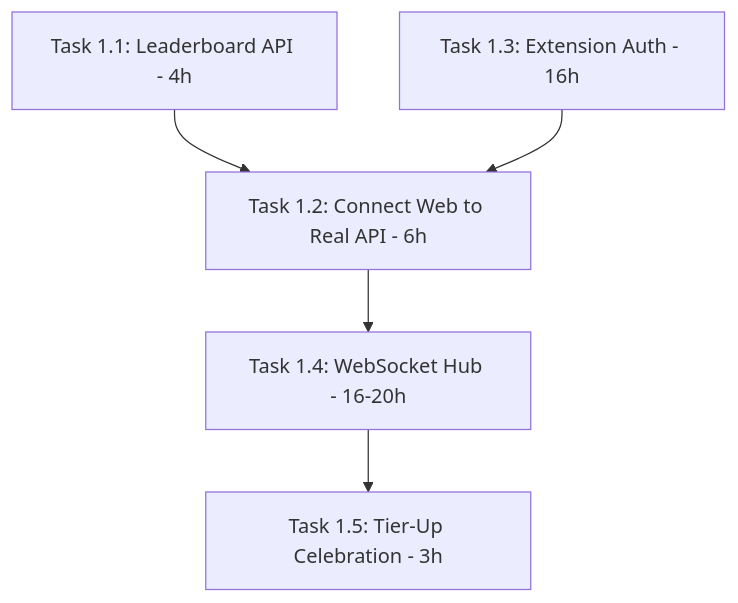
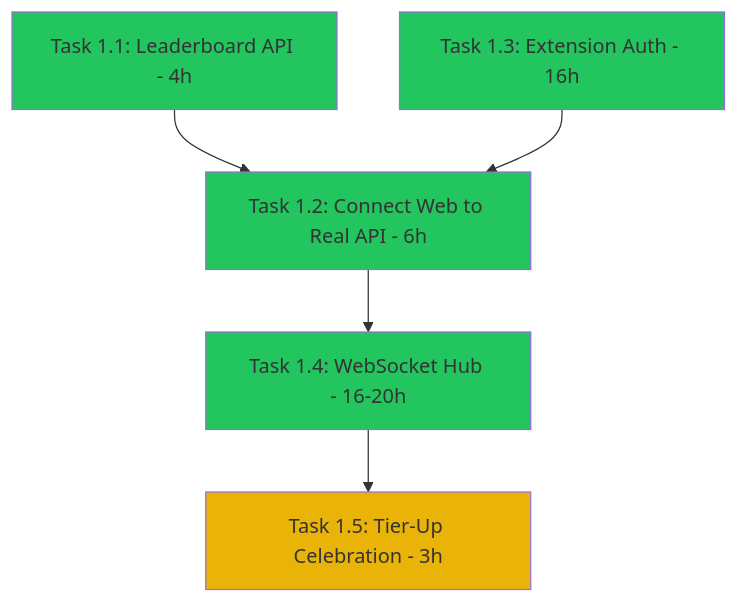
The diagram in .qoder/quests/pioneer-program-audit.md (vreko-dev/mcp-server), drawn with Mermaid before and after one commit. The commit also changed other lines of this file and 1 other file, not shown here.

````diff
--- a/.qoder/quests/pioneer-program-audit.md
+++ b/.qoder/quests/pioneer-program-audit.md
@@ -432,7 +468,13 @@
 ```mermaid
 graph TD
     A[Task 1.1: Leaderboard API - 4h] --> B[Task 1.2: Connect Web to Real API - 6h]
     C[Task 1.3: Extension Auth - 16h] --> B
     B --> D[Task 1.4: WebSocket Hub - 16-20h]
     D --> E[Task 1.5: Tier-Up Celebration - 3h]
+    
+    style A fill:#22c55e
+    style B fill:#22c55e
+    style C fill:#22c55e
+    style D fill:#22c55e
+    style E fill:#eab308
 ```
````
